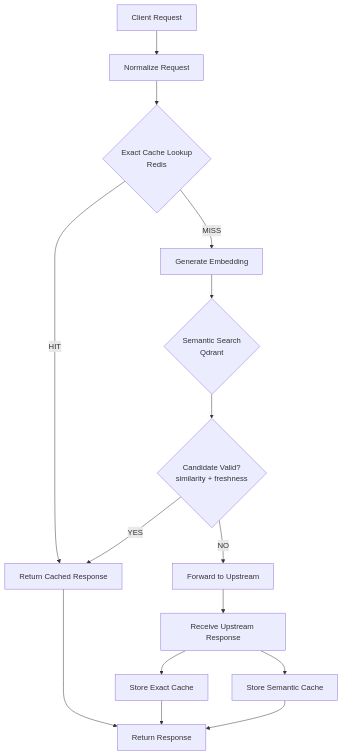
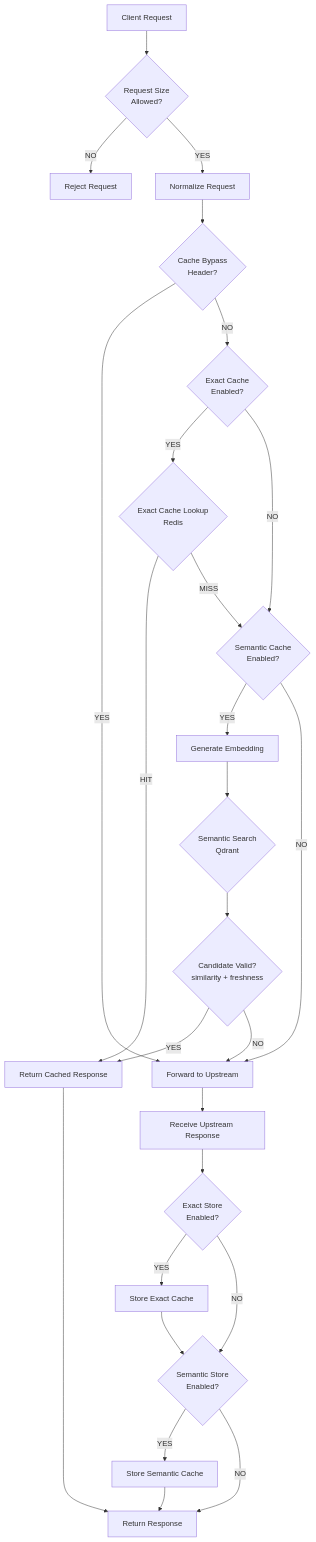
Before and after one commit to vcal-project/ai-firewall: the second of 6 diagrams in docs/architecture.md, drawn with Mermaid. The commit also changed other lines of this file and 30 other files, not shown here.

````diff
--- a/docs/architecture.md
+++ b/docs/architecture.md
@@ -128,53 +137,81 @@
 ```mermaid
 flowchart TD
 
     A[Client Request]
 
-    B[Normalize Request]
+    B{Request Size<br/>Allowed?}
 
-    C{Exact Cache Lookup<br/>Redis}
+    C[Normalize Request]
 
-    D[Return Cached Response]
+    D{Cache Bypass<br/>Header?}
 
-    E[Generate Embedding]
+    E{Exact Cache<br/>Enabled?}
 
-    F{Semantic Search<br/>Qdrant}
+    F{Exact Cache Lookup<br/>Redis}
 
-    G{Candidate Valid?<br/>similarity + freshness}
+    G[Return Cached Response]
 
-    H[Forward to Upstream]
+    H{Semantic Cache<br/>Enabled?}
 
-    I[Receive Upstream Response]
+    I[Generate Embedding]
 
-    J[Store Exact Cache]
+    J{Semantic Search<br/>Qdrant}
 
-    K[Store Semantic Cache]
+    K{Candidate Valid?<br/>similarity + freshness}
 
-    L[Return Response]
+    L[Forward to Upstream]
+
+    M[Receive Upstream Response]
+
+    N{Exact Store<br/>Enabled?}
+
+    O[Store Exact Cache]
+
+    P{Semantic Store<br/>Enabled?}
+
+    Q[Store Semantic Cache]
+
+    R[Return Response]
+
+    S[Reject Request]
 
     A --> B
 
-    B --> C
+    B -->|NO| S
+    B -->|YES| C
 
-    C -->|HIT| D
+    C --> D
 
-    D --> L
+    D -->|YES| L
+    D -->|NO| E
 
-    C -->|MISS| E
+    E -->|YES| F
+    E -->|NO| H
 
-    E --> F
+    F -->|HIT| G
+    F -->|MISS| H
 
-    F --> G
+    G --> R
 
-    G -->|YES| D
-
-    G -->|NO| H
-
-    H --> I
+    H -->|YES| I
+    H -->|NO| L
 
     I --> J
-    I --> K
+    J --> K
 
-    J --> L
-    K --> L
+    K -->|YES| G
+    K -->|NO| L
+
+    L --> M
+
+    M --> N
+    N -->|YES| O
+    N -->|NO| P
+
+    O --> P
+
+    P -->|YES| Q
+    P -->|NO| R
+
+    Q --> R
 ```
````
